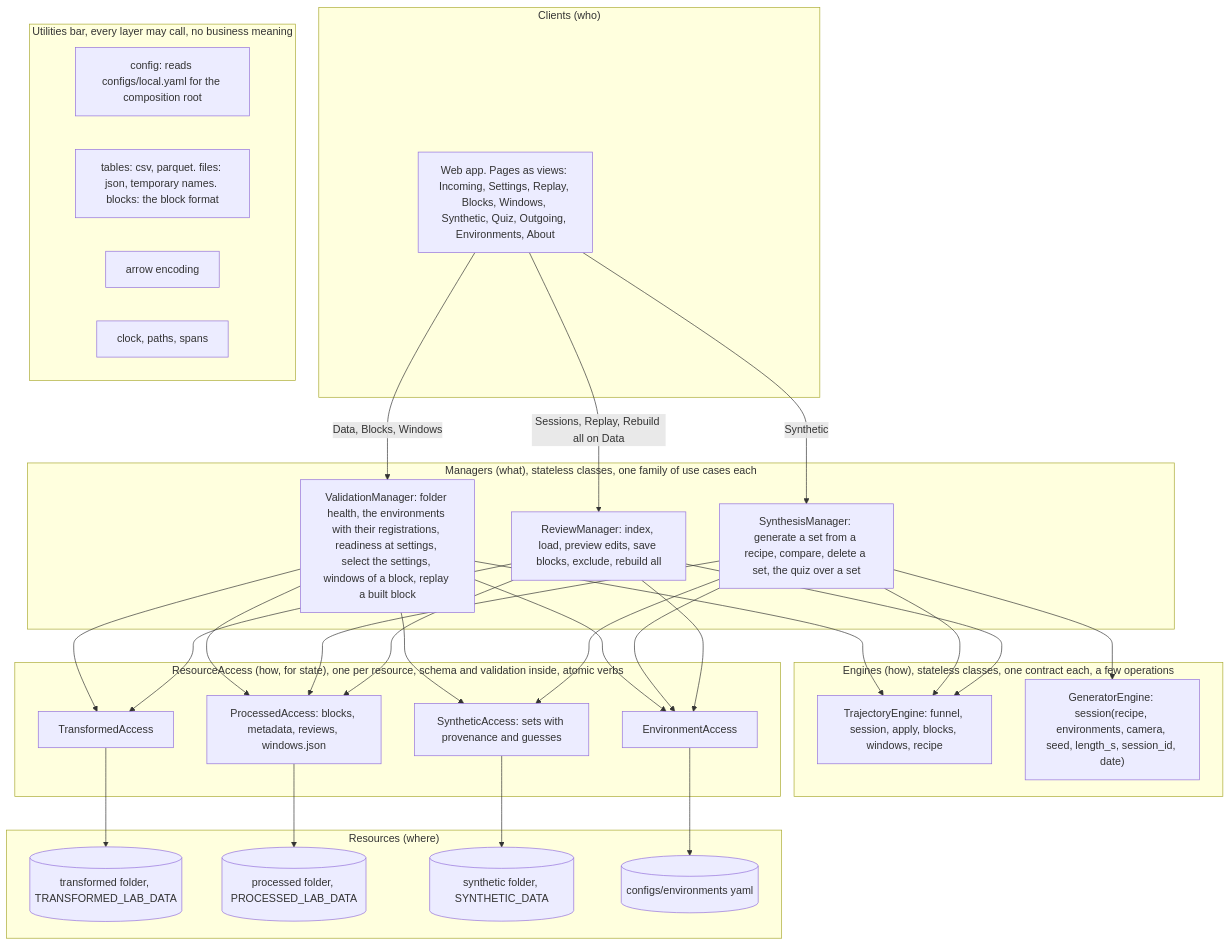
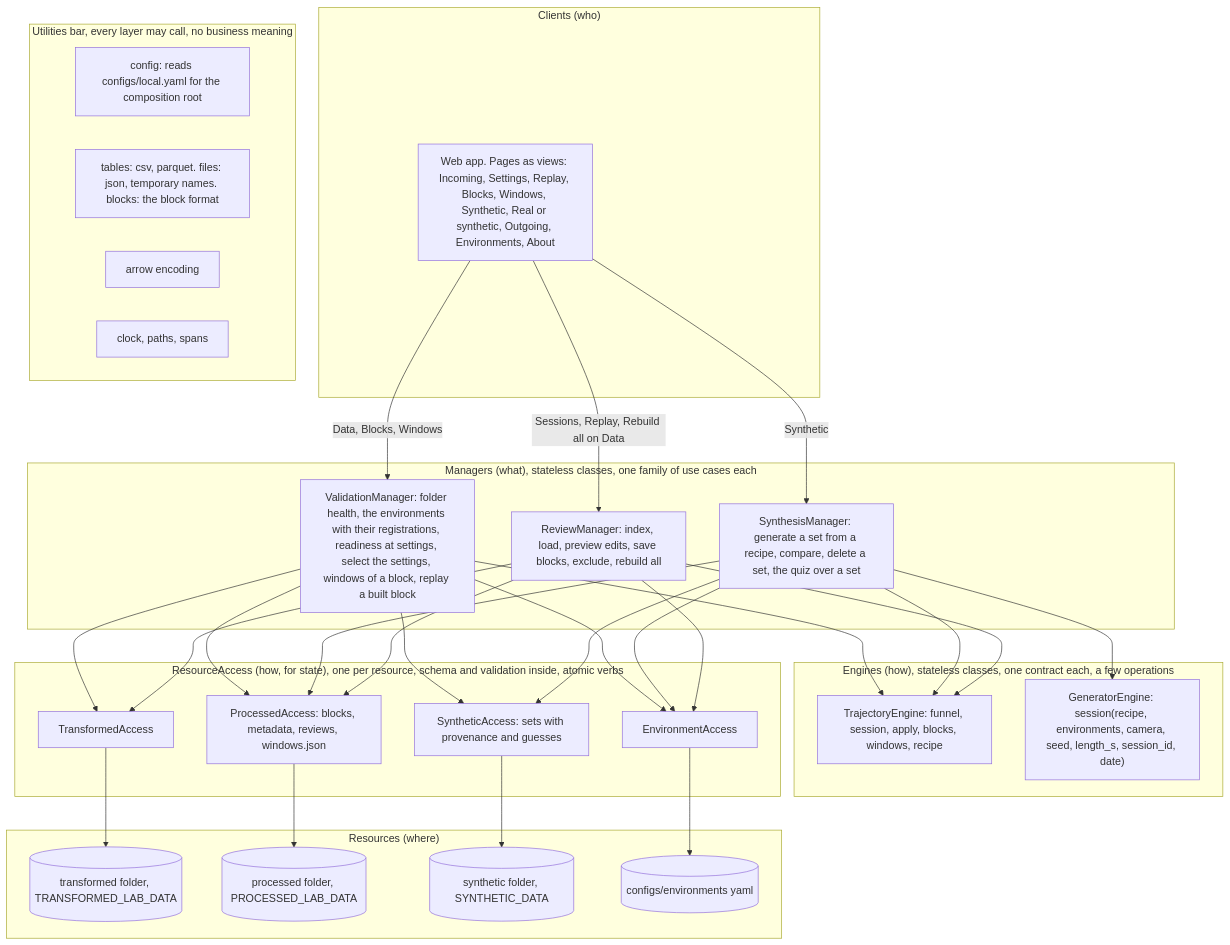
Before and after one commit to kshannon/axis-of-travel-rnn: the first of 5 diagrams in ratreplay/docs/architecture.md, drawn with Mermaid. The commit also changed other lines of this file and 41 other files, not shown here.

````diff
--- a/ratreplay/docs/architecture.md
+++ b/ratreplay/docs/architecture.md
@@ -82,57 +82,57 @@
 ```mermaid
 flowchart TB
     subgraph Clients["Clients (who)"]
-        UI["Web app. Pages as views: Incoming, Settings, Replay, Blocks, Windows, Synthetic, Quiz, Outgoing, Environments, About"]
+        UI["Web app. Pages as views: Incoming, Settings, Replay, Blocks, Windows, Synthetic, Real or synthetic, Outgoing, Environments, About"]
     end
     subgraph Managers["Managers (what), stateless classes, one family of use cases each"]
         RM["ReviewManager: index, load, preview edits, save blocks, exclude, rebuild all"]
         SM["SynthesisManager: generate a set from a recipe, compare, delete a set, the quiz over a set"]
         VM["ValidationManager: folder health, the environments with their registrations, readiness at settings, select the settings, windows of a block, replay a built block"]
     end
     subgraph Engines["Engines (how), stateless classes, one contract each, a few operations"]
         TE["TrajectoryEngine: funnel, session, apply, blocks, windows, recipe"]
         GE["GeneratorEngine: session(recipe, environments, camera, seed, length_s, session_id, date)"]
     end
     subgraph RA["ResourceAccess (how, for state), one per resource, schema and validation inside, atomic verbs"]
         TA["TransformedAccess"]
         PA["ProcessedAccess: blocks, metadata, reviews, windows.json"]
         SA["SyntheticAccess: sets with provenance and guesses"]
         EA["EnvironmentAccess"]
     end
     subgraph Resources["Resources (where)"]
         RT[("transformed folder, TRANSFORMED_LAB_DATA")]
         RP[("processed folder, PROCESSED_LAB_DATA")]
         RS[("synthetic folder, SYNTHETIC_DATA")]
         RE[("configs/environments yaml")]
     end
     subgraph Utilities["Utilities bar, every layer may call, no business meaning"]
         UC["config: reads configs/local.yaml for the composition root"]
         UT["tables: csv, parquet. files: json, temporary names. blocks: the block format"]
         UA["arrow encoding"]
         UK["clock, paths, spans"]
     end
 
     UI -->|Sessions, Replay, Rebuild all on Data| RM
     UI -->|Synthetic| SM
     UI -->|Data, Blocks, Windows| VM
 
     RM --> TE
     RM --> TA
     RM --> PA
     RM --> EA
     SM --> TE
     SM --> GE
     SM --> PA
     SM --> SA
     SM --> EA
     VM --> TE
     VM --> TA
     VM --> PA
     VM --> SA
     VM --> EA
 
     TA --> RT
     PA --> RP
     SA --> RS
     EA --> RE
 ```
````
